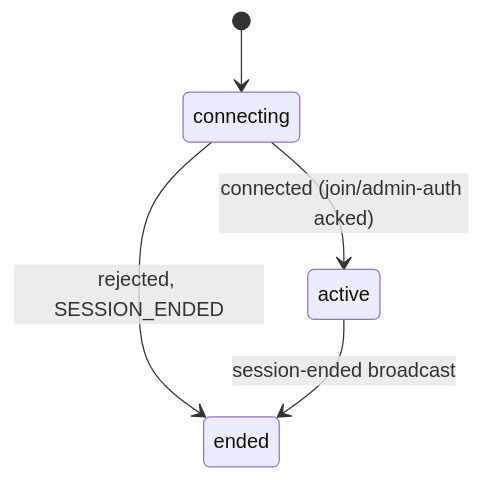
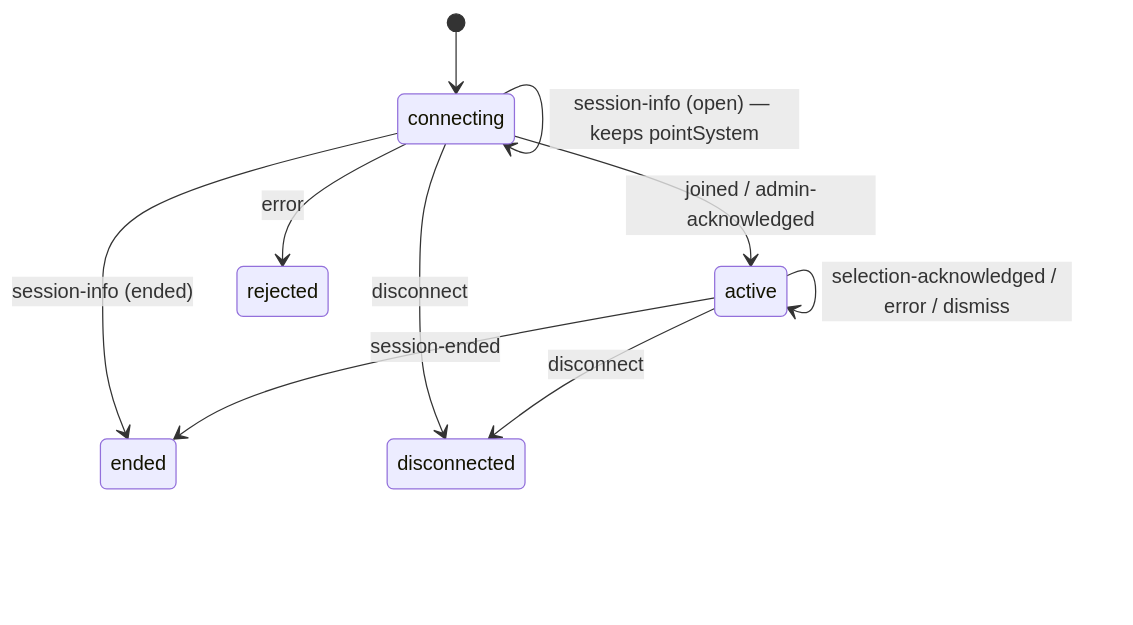
The second of 3 diagrams in PLAN.md (rachelwong/estimator-frontend), drawn with Mermaid before and after one commit. The commit also changed other lines of this file and 2 other files, not shown here.

````diff
--- a/PLAN.md
+++ b/PLAN.md
@@ -83,7 +123,12 @@
 ```mermaid
 stateDiagram-v2
     [*] --> connecting
-    connecting --> active: connected (join/admin-auth acked)
-    connecting --> ended: rejected, SESSION_ENDED
-    active --> ended: session-ended broadcast
+    connecting --> connecting: session-info (open) — keeps pointSystem
+    connecting --> active: joined / admin-acknowledged
+    connecting --> rejected: error
+    connecting --> ended: session-info (ended)
+    connecting --> disconnected: disconnect
+    active --> active: selection-acknowledged / error / dismiss
+    active --> ended: session-ended
+    active --> disconnected: disconnect
 ```
````
